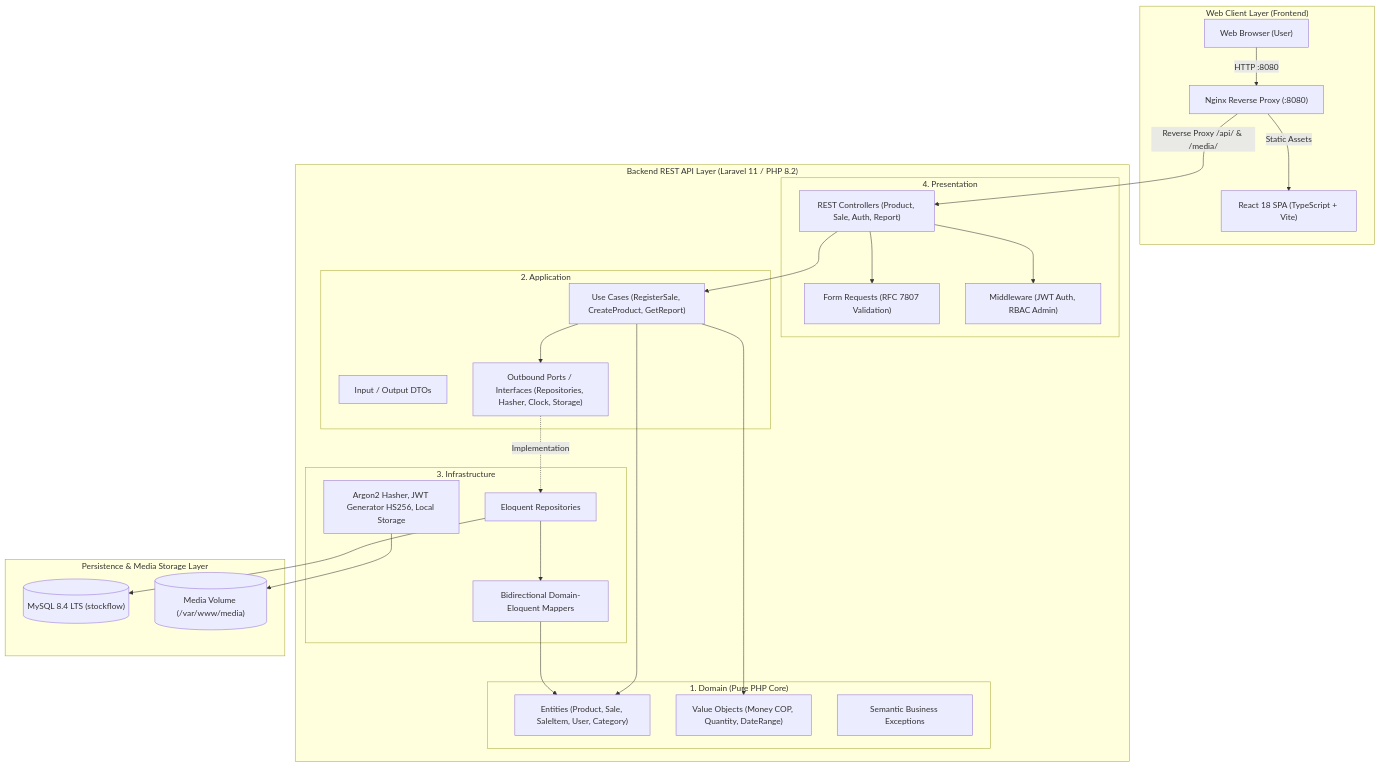
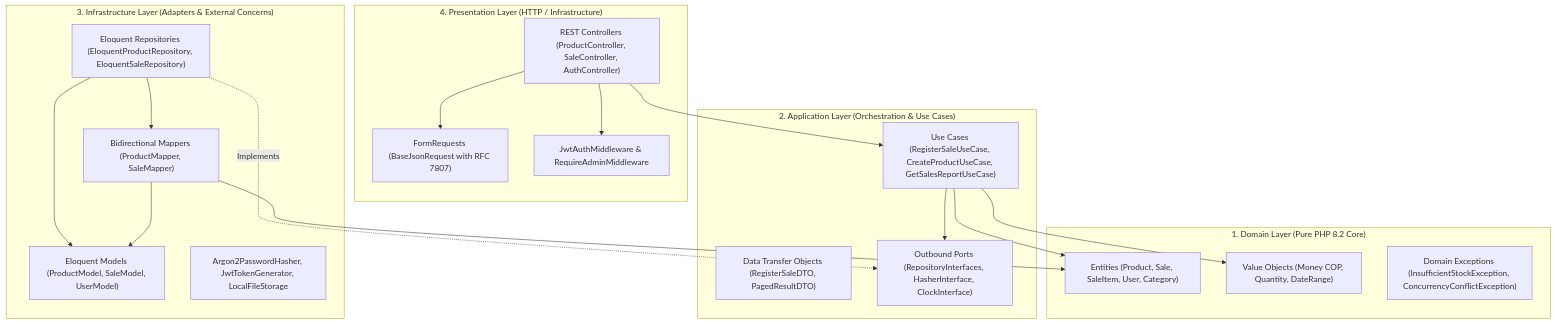
Before and after one commit to Kevin81A/test-simple-stock-flow: the first of 3 diagrams in TECHNICAL-DELIVERY.md, drawn with Mermaid. The commit also changed other lines of this file and 9 other files, not shown here.

````diff
--- a/TECHNICAL-DELIVERY.md
+++ b/TECHNICAL-DELIVERY.md
@@ -27,54 +113,39 @@
 ```mermaid
 flowchart TD
-    subgraph Client["Web Client Layer (Frontend)"]
-        Browser["Web Browser (User)"]
-        SPA["React 18 SPA (TypeScript + Vite)"]
-        Nginx["Nginx Reverse Proxy (:8080)"]
+    subgraph PresentationLayer["4. Presentation Layer (HTTP / Infrastructure)"]
+        Controllers["REST Controllers (ProductController, SaleController, AuthController)"]
+        Requests["FormRequests (BaseJsonRequest with RFC 7807)"]
+        Middleware["JwtAuthMiddleware & RequireAdminMiddleware"]
     end
 
-    subgraph Backend["Backend REST API Layer (Laravel 11 / PHP 8.2)"]
-        subgraph PresentationLayer["4. Presentation"]
-            Controllers["REST Controllers (Product, Sale, Auth, Report)"]
-            Requests["Form Requests (RFC 7807 Validation)"]
-            Middleware["Middleware (JWT Auth, RBAC Admin)"]
-        end
-
-        subgraph ApplicationLayer["2. Application"]
-            UseCases["Use Cases (RegisterSale, CreateProduct, GetReport)"]
-            DTOs["Input / Output DTOs"]
-            Ports["Outbound Ports / Interfaces (Repositories, Hasher, Clock, Storage)"]
-        end
-
-        subgraph DomainLayer["1. Domain (Pure PHP Core)"]
-            Entities["Entities (Product, Sale, SaleItem, User, Category)"]
-            ValueObjects["Value Objects (Money COP, Quantity, DateRange)"]
-            DomainExceptions["Semantic Business Exceptions"]
-        end
-
-        subgraph InfrastructureLayer["3. Infrastructure"]
-            EloquentRepos["Eloquent Repositories"]
-            Mappers["Bidirectional Domain-Eloquent Mappers"]
-            Services["Argon2 Hasher, JWT Generator HS256, Local Storage"]
-        end
+    subgraph ApplicationLayer["2. Application Layer (Orchestration & Use Cases)"]
+        UseCases["Use Cases (RegisterSaleUseCase, CreateProductUseCase, GetSalesReportUseCase)"]
+        DTOs["Data Transfer Objects (RegisterSaleDTO, PagedResultDTO)"]
+        Ports["Outbound Ports (RepositoryInterfaces, HasherInterface, ClockInterface)"]
     end
 
-    subgraph Storage["Persistence & Media Storage Layer"]
-        MySQL[("MySQL 8.4 LTS (stockflow)")]
-        MediaVol[("Media Volume (/var/www/media)")]
+    subgraph DomainLayer["1. Domain Layer (Pure PHP 8.2 Core)"]
+        Entities["Entities (Product, Sale, SaleItem, User, Category)"]
+        ValueObjects["Value Objects (Money COP, Quantity, DateRange)"]
+        Exceptions["Domain Exceptions (InsufficientStockException, ConcurrencyConflictException)"]
     end
 
-    Browser -->|HTTP :8080| Nginx
-    Nginx -->|Static Assets| SPA
-    Nginx -->|Reverse Proxy /api/ & /media/| Controllers
+    subgraph InfrastructureLayer["3. Infrastructure Layer (Adapters & External Concerns)"]
+        Models["Eloquent Models (ProductModel, SaleModel, UserModel)"]
+        Repositories["Eloquent Repositories (EloquentProductRepository, EloquentSaleRepository)"]
+        Mappers["Bidirectional Mappers (ProductMapper, SaleMapper)"]
+        Services["Argon2PasswordHasher, JwtTokenGenerator, LocalFileStorage"]
+    end
+
     Controllers --> Requests
     Controllers --> Middleware
     Controllers --> UseCases
     UseCases --> Ports
     UseCases --> Entities
     UseCases --> ValueObjects
-    Ports -.->|Implementation| EloquentRepos
-    EloquentRepos --> Mappers
+    Repositories -.->|Implements| Ports
+    Repositories --> Models
+    Repositories --> Mappers
     Mappers --> Entities
-    EloquentRepos --> MySQL
-    Services --> MediaVol
+    Mappers --> Models
 ```
````
